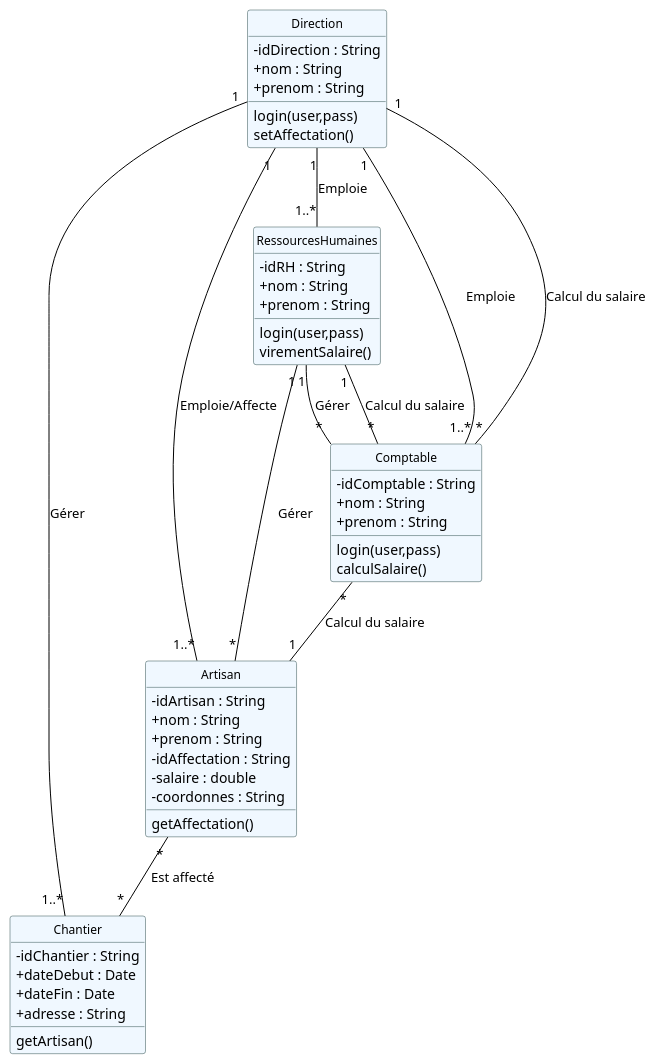
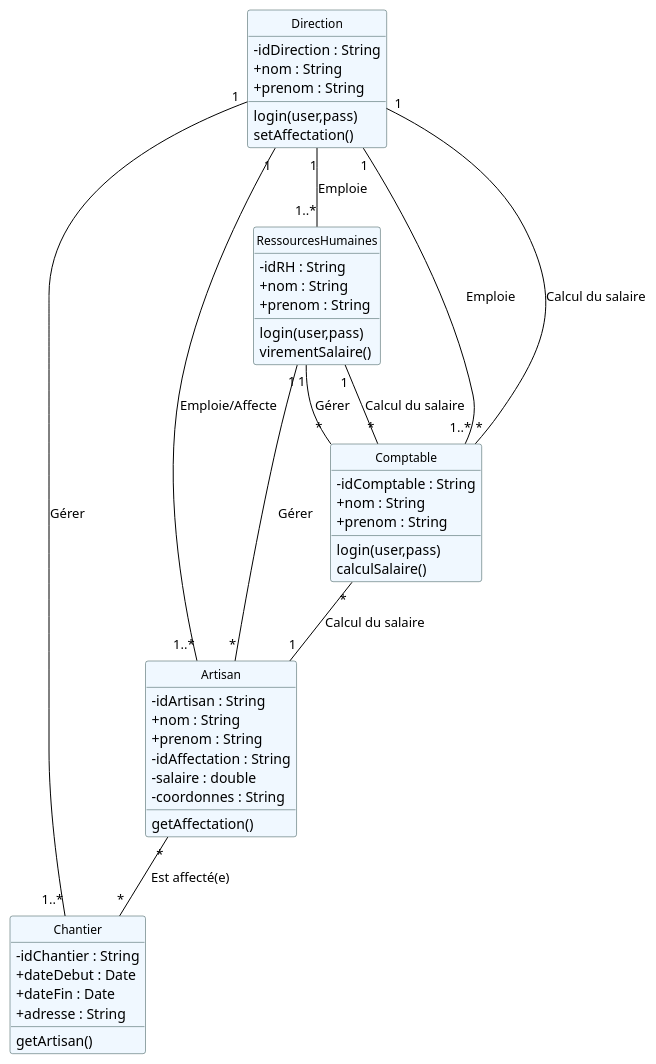
Before and after one commit to IUT-Blagnac/r2-01-conception-td5-Aadroman: the diagram in dc.plantuml, drawn with PlantUML.

Commit message:
push final tp5

```diff
--- a/dc.plantuml
+++ b/dc.plantuml
@@ -3,88 +3,88 @@
 @startuml
 
 hide circle
 hide empty members
 hide empty methods
 
 skinparam classAttributeIconSize 0
 
 skinparam roundcorner 5
 
 skinparam class {
     BackgroundColor AliceBlue
     BorderColor DarkSlateGray
     ArrowColor Black
     FontColor Black
     FontSize 12
     FontName Helvetica
 }
 
 skinparam arrow {
     MessageAlign center
 }
 
 
 class Direction{
     - idDirection : String 
     + nom : String
     + prenom : String
 
     login(user,pass)
     setAffectation()
 }
 
 class RessourcesHumaines{
     - idRH : String 
     + nom : String
     + prenom : String
 
     login(user,pass)
      virementSalaire()
 }
 
 class Comptable {
     - idComptable : String
     + nom : String
     + prenom : String
 
     login(user,pass)
     calculSalaire()
 }
 
 class Artisan{
     - idArtisan : String
     + nom : String
     + prenom : String
     - idAffectation : String
     - salaire : double
     - coordonnes : String
 
     getAffectation()
 }
 
 class Chantier{
     - idChantier : String
     + dateDebut : Date
     + dateFin : Date
     + adresse : String
 
     getArtisan()
 }
 
 Direction "1" -- "1..*" Artisan : Emploie/Affecte
 Direction "1" -- "1..*" RessourcesHumaines : Emploie
 Direction "1" -- "1..*" Comptable : Emploie
 Direction "1" -- "1..*" Chantier : Gérer
 
 RessourcesHumaines "1" -- "*" Artisan : Gérer
 RessourcesHumaines "1" -- "*" Comptable : Gérer
 
 Comptable "*" -- "1" Artisan : Calcul du salaire
 Comptable "*" -- "1" Direction : Calcul du salaire
 Comptable "*" -- "1" RessourcesHumaines : Calcul du salaire
 
-Artisan "*" -- "*" Chantier : Est affecté
+Artisan "*" -- "*" Chantier : Est affecté(e)
 
 
 
 @enduml
```
